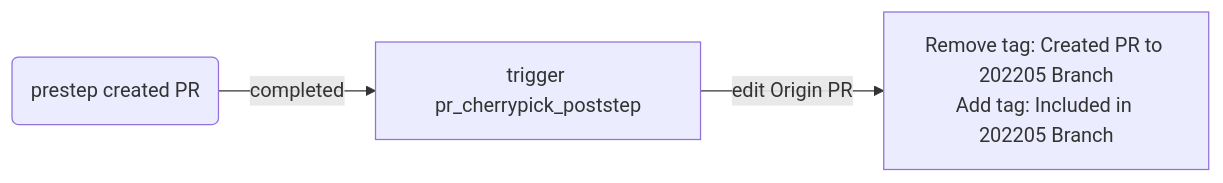
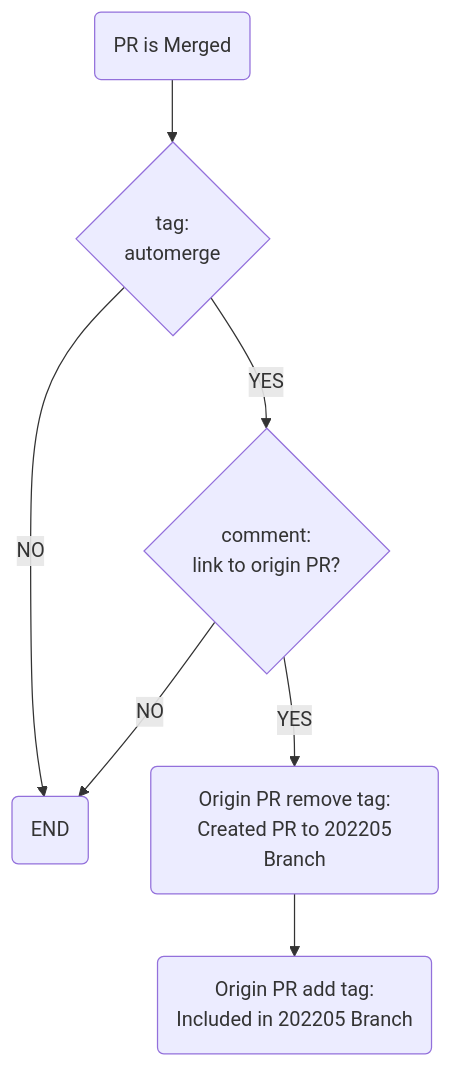
Before and after one commit to liushilongbuaa/sonic-buildimage: the third of 3 diagrams in .github/workflows/README.md, drawn with Mermaid. The commit also changed other lines of this file, not shown here.

````diff
--- a/.github/workflows/README.md
+++ b/.github/workflows/README.md
@@ -25,5 +28,7 @@
 ```mermaid
-graph LR
-A(prestep created PR) -- completed --> B[trigger pr_cherrypick_poststep]
-B -- edit Origin PR --> C[Remove tag: Created PR to 202205 Branch<br>Add tag: Included in 202205 Branch]
+graph
+A(PR is Merged) --> B{tag:<br>automerge}
+B -- NO --> END(END)
+B -- YES --> B1{comment:<br>link to origin PR?} -- NO --> END
+B1 -- YES --> C(Origin PR remove tag:<br> Created PR to 202205 Branch) --> D(Origin PR add tag:<br> Included in 202205 Branch)
 ```
````
